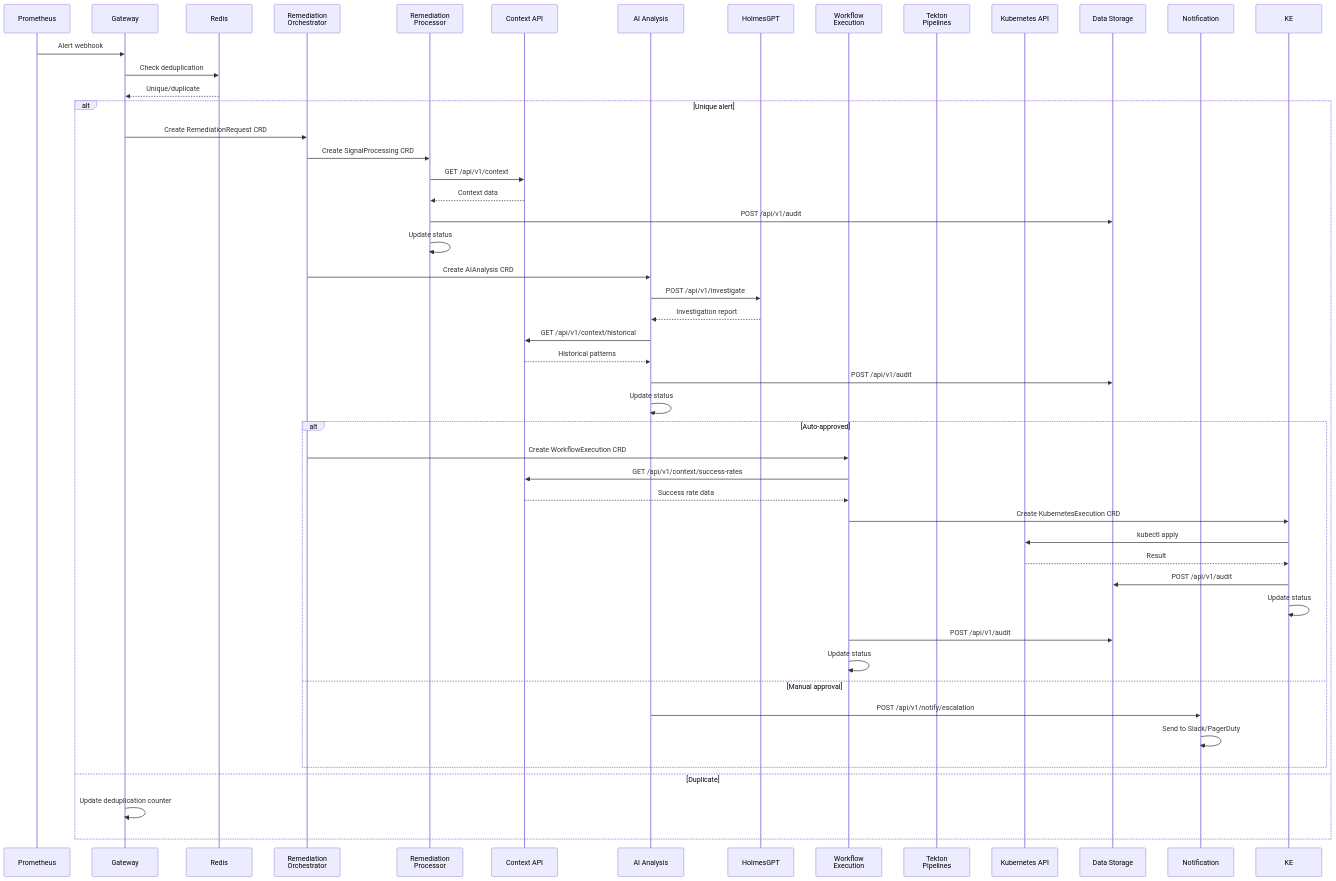
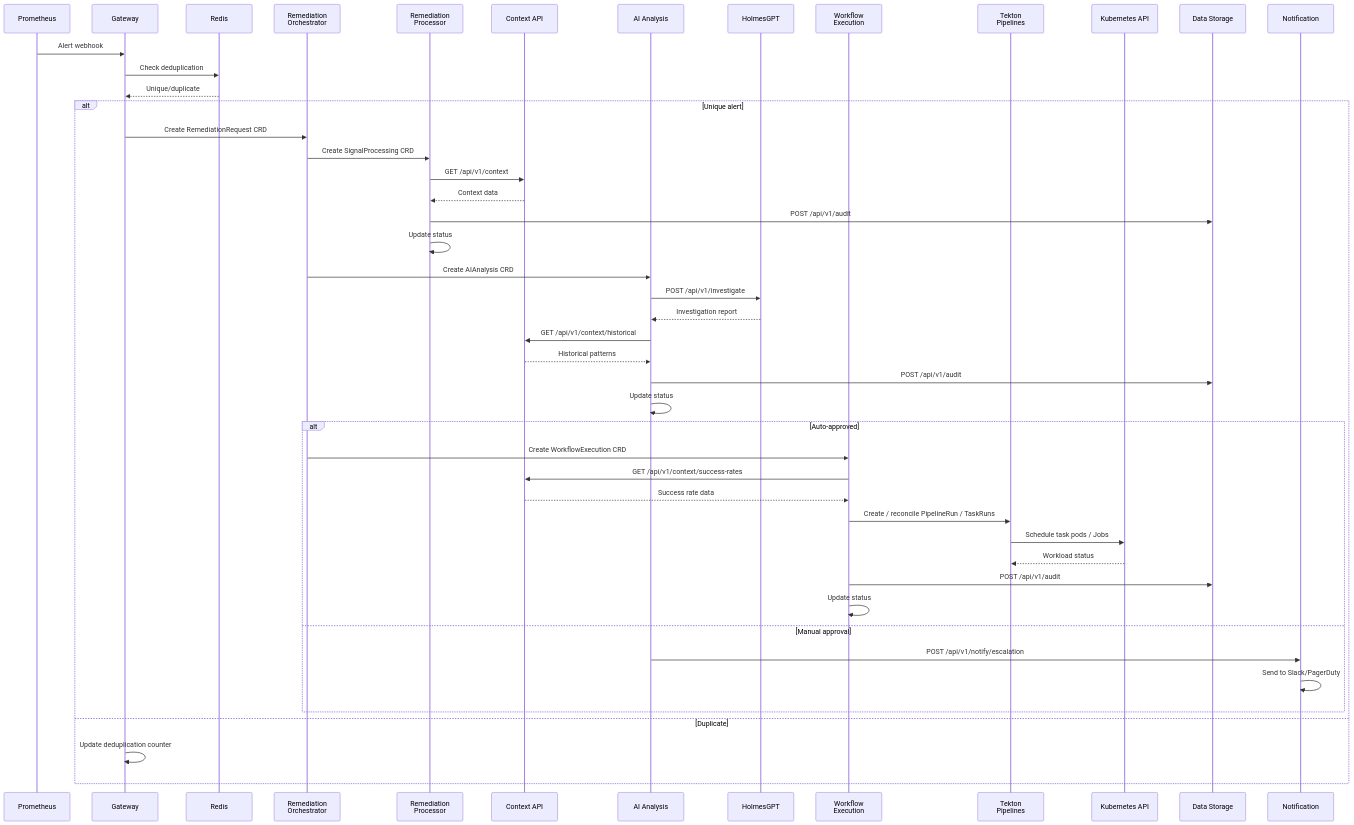
One commit to jordigilh/kubernaut changed the fourth of 8 diagrams in docs/architecture/SERVICE_DEPENDENCY_MAP.md. Above: the diagram before and after it, drawn with Mermaid. The commit also changed other lines of this file and 63 other files, not shown here.

````diff
--- a/docs/architecture/SERVICE_DEPENDENCY_MAP.md
+++ b/docs/architecture/SERVICE_DEPENDENCY_MAP.md
@@ -371,55 +357,53 @@
 ```mermaid
 sequenceDiagram
     participant P as Prometheus
     participant GW as Gateway
     participant R as Redis
     participant RO as Remediation<br/>Orchestrator
     participant RP as Remediation<br/>Processor
     participant CA as Context API
     participant AI as AI Analysis
     participant HG as HolmesGPT
     participant WE as Workflow<br/>Execution
     participant TEK as Tekton<br/>Pipelines
     participant K8 as Kubernetes API
     participant DS as Data Storage
     participant NS as Notification
 
     P->>GW: Alert webhook
     GW->>R: Check deduplication
     R-->>GW: Unique/duplicate
 
     alt Unique alert
         GW->>RO: Create RemediationRequest CRD
         RO->>RP: Create SignalProcessing CRD
         RP->>CA: GET /api/v1/context
         CA-->>RP: Context data
         RP->>DS: POST /api/v1/audit
         RP->>RP: Update status
 
         RO->>AI: Create AIAnalysis CRD
         AI->>HG: POST /api/v1/investigate
         HG-->>AI: Investigation report
         AI->>CA: GET /api/v1/context/historical
         CA-->>AI: Historical patterns
         AI->>DS: POST /api/v1/audit
         AI->>AI: Update status
 
         alt Auto-approved
             RO->>WE: Create WorkflowExecution CRD
             WE->>CA: GET /api/v1/context/success-rates
             CA-->>WE: Success rate data
-            WE->>KE: Create KubernetesExecution CRD  # DEPRECATED - ADR-025
-            KE->>K8: kubectl apply
-            K8-->>KE: Result
-            KE->>DS: POST /api/v1/audit
-            KE->>KE: Update status
+            WE->>TEK: Create / reconcile PipelineRun / TaskRuns
+            TEK->>K8: Schedule task pods / Jobs
+            K8-->>TEK: Workload status
             WE->>DS: POST /api/v1/audit
             WE->>WE: Update status
         else Manual approval
             AI->>NS: POST /api/v1/notify/escalation
             NS->>NS: Send to Slack/PagerDuty
         end
     else Duplicate
         GW->>GW: Update deduplication counter
     end
 ```
````
